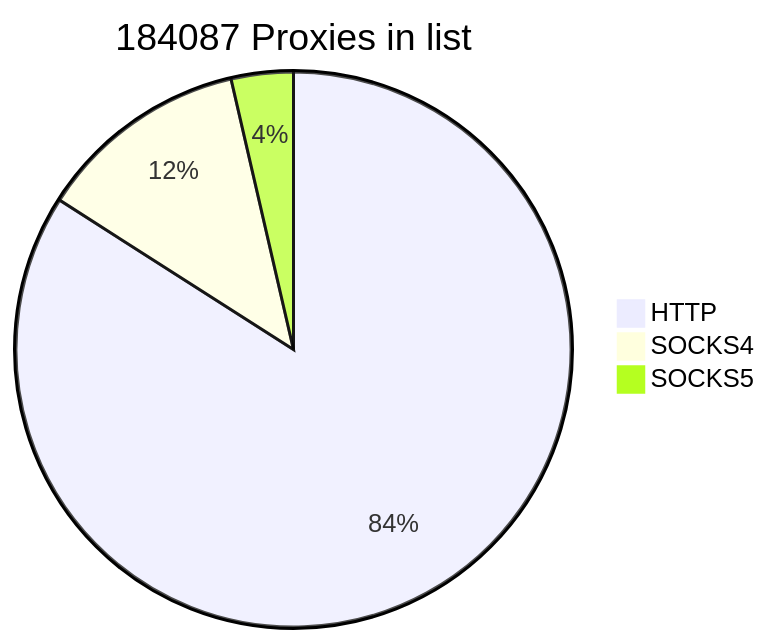
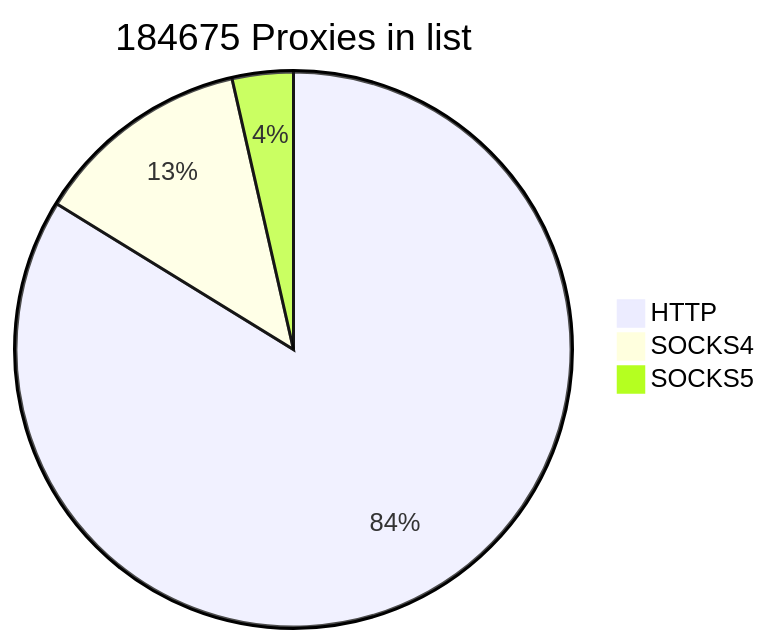
Before and after one commit to cutipu/proxylist: the first of 2 diagrams in README.md, drawn with Mermaid. The commit also changed other lines of this file, not shown here.

````diff
--- a/README.md
+++ b/README.md
@@ -2,7 +2,7 @@
 ```mermaid
-pie title 184087 Proxies in list
+pie title 184675 Proxies in list
     "HTTP" : 154718
-    "SOCKS4" : 22721
-    "SOCKS5" : 6648
+    "SOCKS4" : 23395
+    "SOCKS5" : 6562
             
 ```
````
